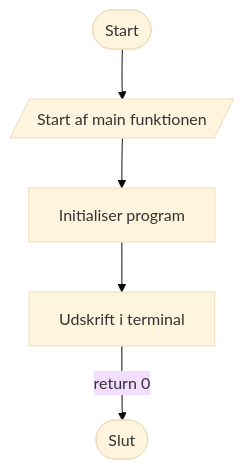
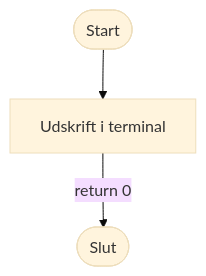
Before and after one commit to FR3T0T/DTU_C_PROGRAMMING: the diagram in Opgave 1/opgave_1a/readme.md, drawn with Mermaid (base theme).

````diff
--- a/Opgave 1/opgave_1a/readme.md
+++ b/Opgave 1/opgave_1a/readme.md
@@ -1,6 +1,4 @@
 ```mermaid
 flowchart TD
-    A([Start]) --> B[/Start af main funktionen/]
-    B --> C[Initialiser program]
-    C --> D[Udskrift i terminal] -->|return 0| E([Slut])
+    A([Start]) --> B[Udskrift i terminal] -->|return 0| E([Slut])
 ```
````
